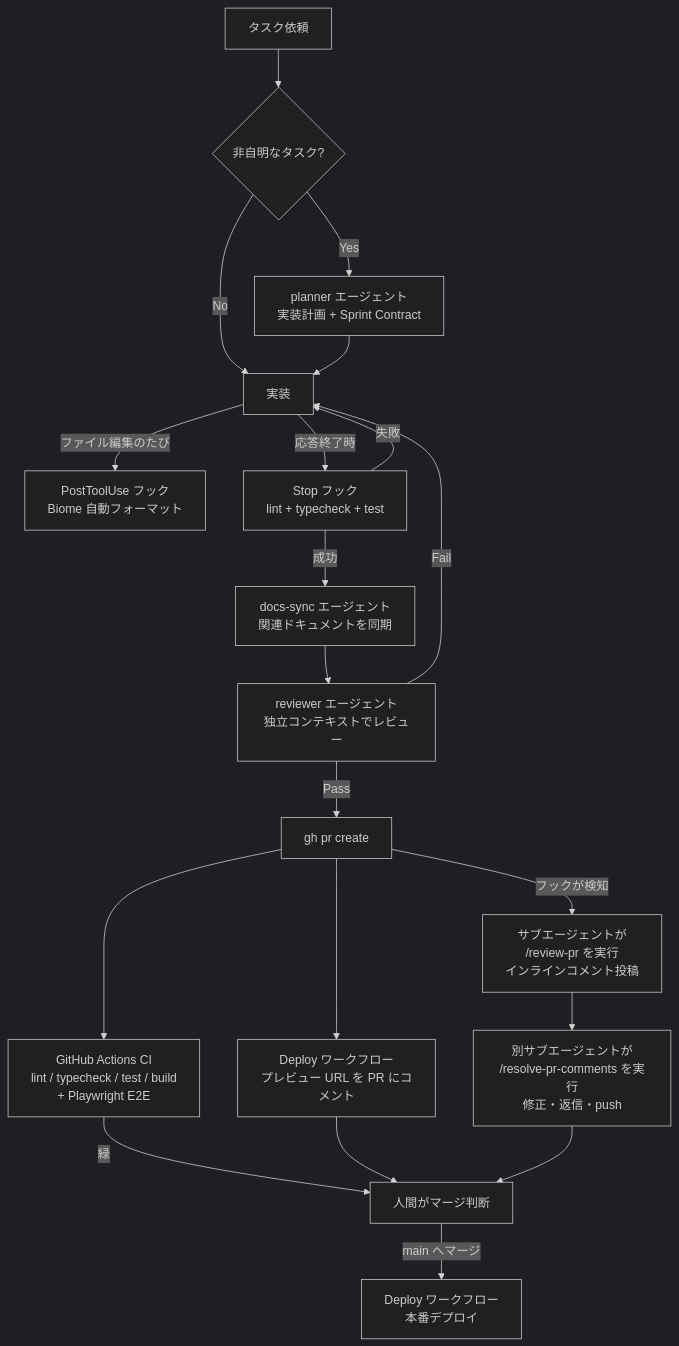
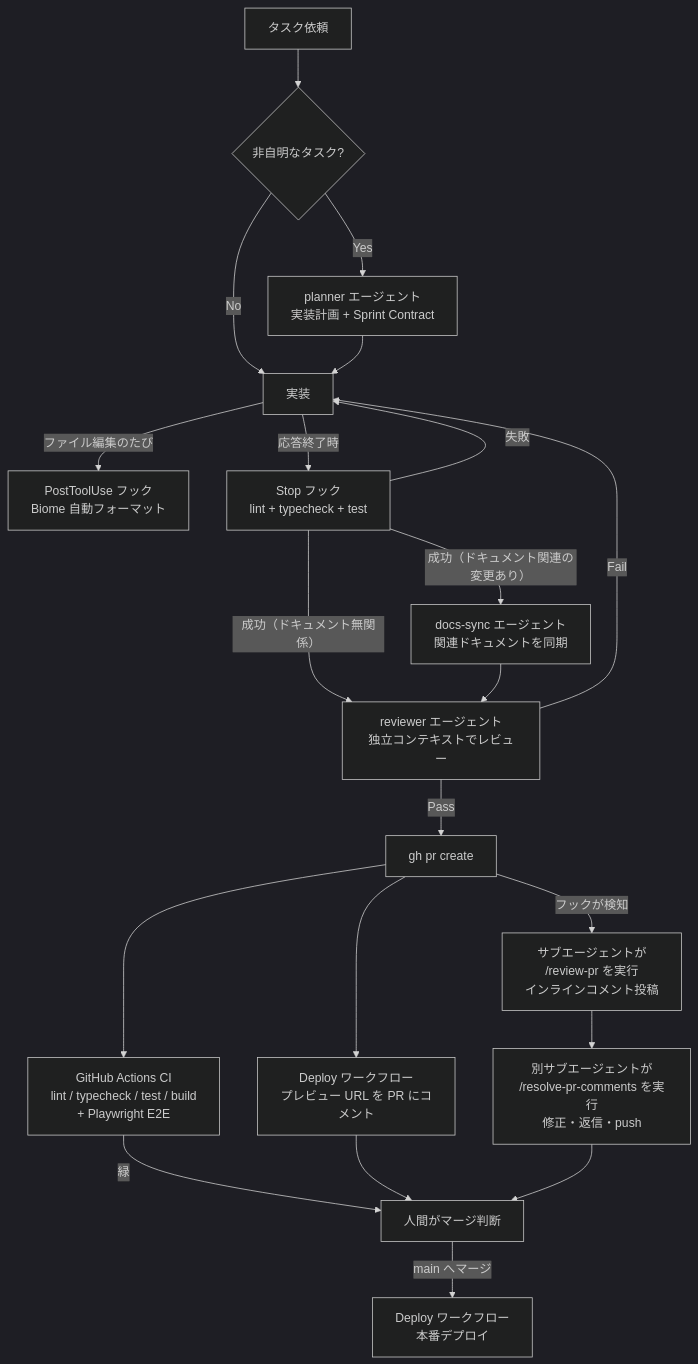
One commit to Suemura/client-side-image-converter changed the diagram in docs/HARNESS.md. Above: the diagram before and after it, drawn with Mermaid (dark theme). The commit also changed 2 other files, not shown here.

Commit message:
レビュー指摘対応: flowchart の条件付き経路・self-review description・重複の意図明記
- docs/HARNESS.md: docs-sync を条件付き経路にし、ドキュメント無関係時の F → G バイパスを追加
- .claude/rules/self-review.md: frontmatter description と見出しを docs-sync に言及する形へ更新
- .claude/agents/docs-sync.md: reviewer.md との重複が意図的である旨と両ファイル同時更新のルールを明記

````diff
--- a/docs/HARNESS.md
+++ b/docs/HARNESS.md
@@ -8,22 +8,23 @@
 ```mermaid
 flowchart TD
     A[タスク依頼] --> B{非自明なタスク?}
     B -- Yes --> C[planner エージェント<br>実装計画 + Sprint Contract]
     B -- No --> D[実装]
     C --> D
     D -- ファイル編集のたび --> E[PostToolUse フック<br>Biome 自動フォーマット]
     D -- 応答終了時 --> F[Stop フック<br>lint + typecheck + test]
     F -- 失敗 --> D
-    F -- 成功 --> N[docs-sync エージェント<br>関連ドキュメントを同期]
-    N --> G[reviewer エージェント<br>独立コンテキストでレビュー]
+    F -- 成功（ドキュメント関連の変更あり） --> N[docs-sync エージェント<br>関連ドキュメントを同期]
+    F -- 成功（ドキュメント無関係） --> G[reviewer エージェント<br>独立コンテキストでレビュー]
+    N --> G
     G -- Fail --> D
     G -- Pass --> H[gh pr create]
     H -- フックが検知 --> I[サブエージェントが<br>/review-pr を実行<br>インラインコメント投稿]
     I --> J[別サブエージェントが<br>/resolve-pr-comments を実行<br>修正・返信・push]
     H --> K[GitHub Actions CI<br>lint / typecheck / test / build<br>+ Playwright E2E]
     H --> P[Deploy ワークフロー<br>プレビュー URL を PR にコメント]
     K -- 緑 --> L[人間がマージ判断]
     P --> L
     J --> L
     L -- main へマージ --> M[Deploy ワークフロー<br>本番デプロイ]
 ```
````
